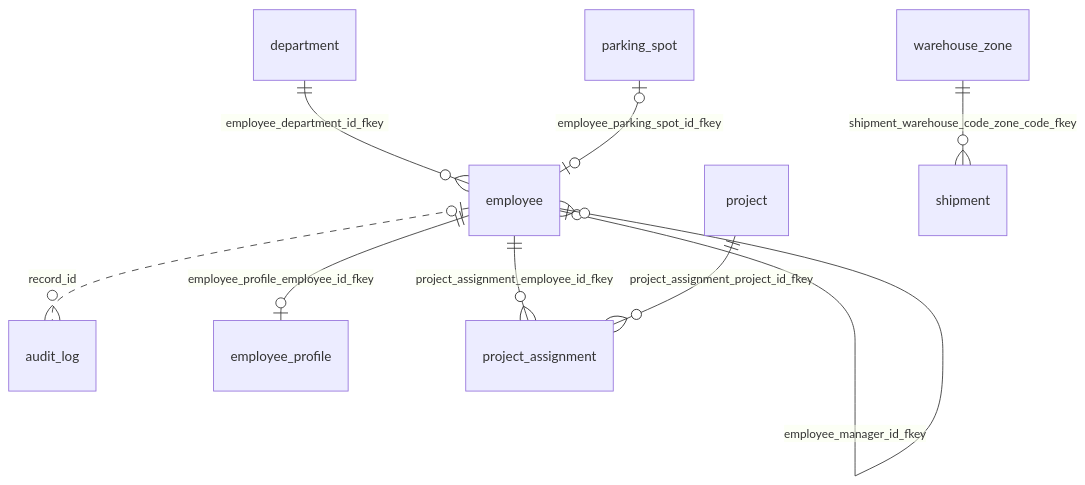
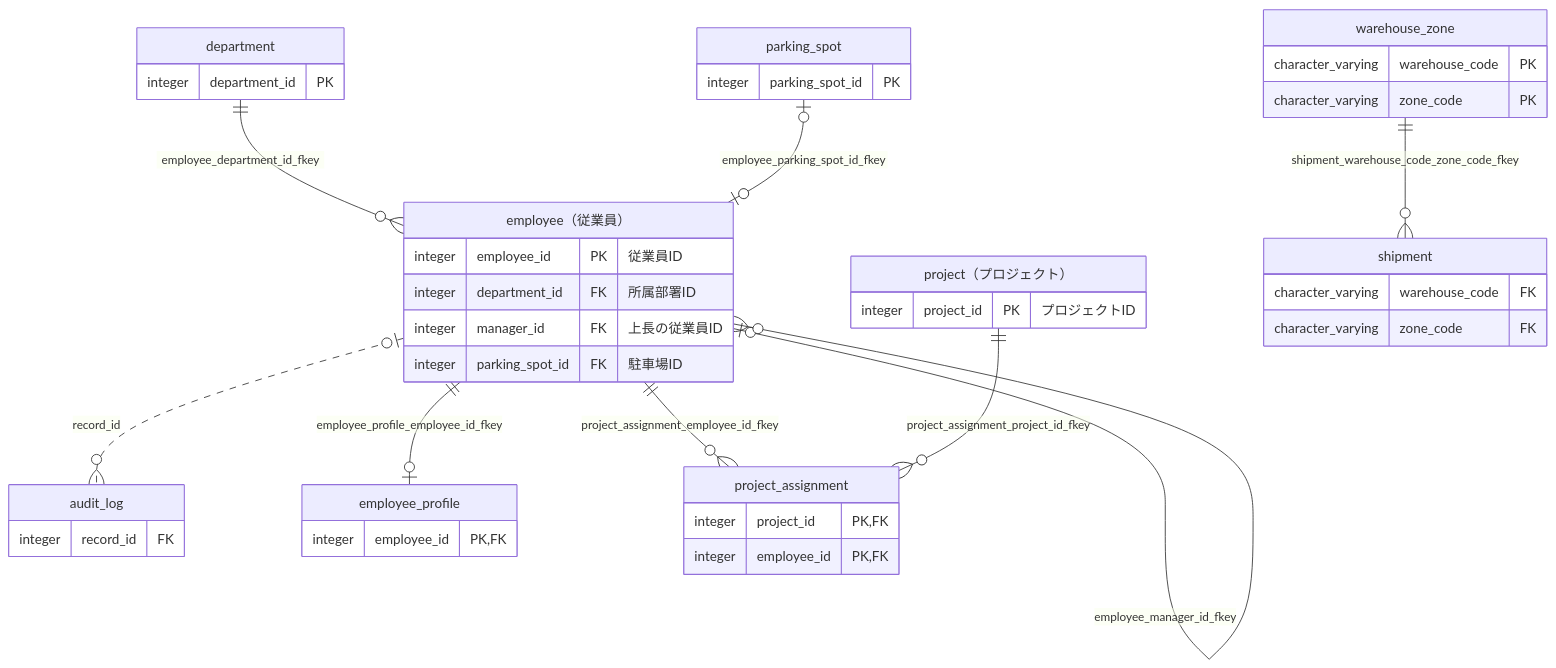
Before and after one commit to ebichan88/exportTableDefinition: the diagram in docs/sample/postgres/output/testdb/erDiagram_testdb_sample.md, drawn with Mermaid. The commit also changed other lines of this file and 66 other files, not shown here.

First line of the commit message:
Show logical table names and relation columns in ER diagram boxes

````diff
--- a/docs/sample/postgres/output/testdb/erDiagram_testdb_sample.md
+++ b/docs/sample/postgres/output/testdb/erDiagram_testdb_sample.md
@@ -11,20 +11,53 @@
 ```mermaid
 erDiagram
     sample_audit_log["audit_log"]
     sample_department["department"]
-    sample_employee["employee"]
+    sample_employee["employee（従業員）"]
     sample_employee_profile["employee_profile"]
     sample_parking_spot["parking_spot"]
-    sample_project["project"]
+    sample_project["project（プロジェクト）"]
     sample_project_assignment["project_assignment"]
     sample_shipment["shipment"]
     sample_warehouse_zone["warehouse_zone"]
     sample_department ||--o{ sample_employee : "employee_department_id_fkey"
     sample_employee |o--o{ sample_employee : "employee_manager_id_fkey"
     sample_parking_spot |o--o| sample_employee : "employee_parking_spot_id_fkey"
     sample_employee ||--o| sample_employee_profile : "employee_profile_employee_id_fkey"
     sample_employee ||--o{ sample_project_assignment : "project_assignment_employee_id_fkey"
     sample_project ||--o{ sample_project_assignment : "project_assignment_project_id_fkey"
     sample_warehouse_zone ||--o{ sample_shipment : "shipment_warehouse_code_zone_code_fkey"
     sample_employee |o..o{ sample_audit_log : "record_id"
+    sample_audit_log {
+        integer record_id FK
+    }
+    sample_department {
+        integer department_id PK
+    }
+    sample_employee {
+        integer employee_id PK "従業員ID"
+        integer department_id FK "所属部署ID"
+        integer manager_id FK "上長の従業員ID"
+        integer parking_spot_id FK "駐車場ID"
+    }
+    sample_employee_profile {
+        integer employee_id PK, FK
+    }
+    sample_parking_spot {
+        integer parking_spot_id PK
+    }
+    sample_project {
+        integer project_id PK "プロジェクトID"
+    }
+    sample_project_assignment {
+        integer project_id PK, FK
+        integer employee_id PK, FK
+    }
+    sample_shipment {
+        character_varying warehouse_code FK
+        character_varying zone_code FK
+    }
+    sample_warehouse_zone {
+        character_varying warehouse_code PK
+        character_varying zone_code PK
+    }
 ```
````
